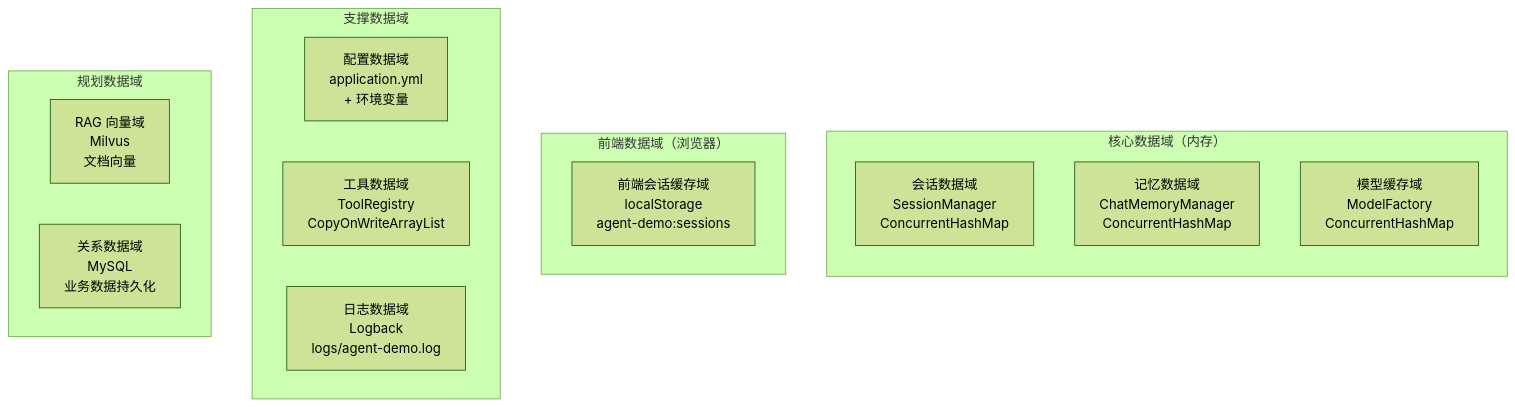
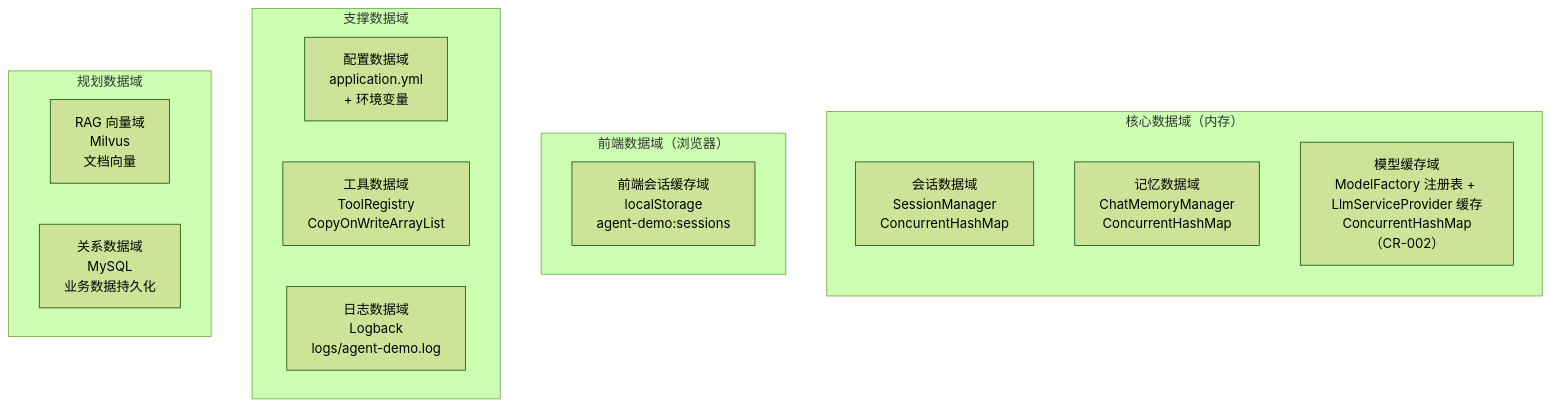
One commit to zxchengQQ/agent_demo changed the first of 6 diagrams in specs/数据架构文档-TOGAF.md. Above: the diagram before and after it, drawn with Mermaid (forest theme). The commit also changed other lines of this file and 65 other files, not shown here.

````diff
--- a/specs/数据架构文档-TOGAF.md
+++ b/specs/数据架构文档-TOGAF.md
@@ -60,24 +60,24 @@
 ```mermaid
 graph TB
     subgraph "核心数据域（内存）"
         direction TB
         D1["会话数据域<br/>SessionManager<br/>ConcurrentHashMap"]
         D2["记忆数据域<br/>ChatMemoryManager<br/>ConcurrentHashMap"]
-        D3["模型缓存域<br/>ModelFactory<br/>ConcurrentHashMap"]
+        D3["模型缓存域<br/>ModelFactory 注册表 + LlmServiceProvider 缓存<br/>ConcurrentHashMap（CR-002）"]
     end
 
     subgraph "前端数据域（浏览器）"
         F1["前端会话缓存域<br/>localStorage<br/>agent-demo:sessions"]
     end
 
     subgraph "支撑数据域"
         S1["配置数据域<br/>application.yml<br/>+ 环境变量"]
         S2["工具数据域<br/>ToolRegistry<br/>CopyOnWriteArrayList"]
         S3["日志数据域<br/>Logback<br/>logs/agent-demo.log"]
     end
 
     subgraph "规划数据域"
         F2["RAG 向量域<br/>Milvus<br/>文档向量"]
         F3["关系数据域<br/>MySQL<br/>业务数据持久化"]
     end
 ```
````
